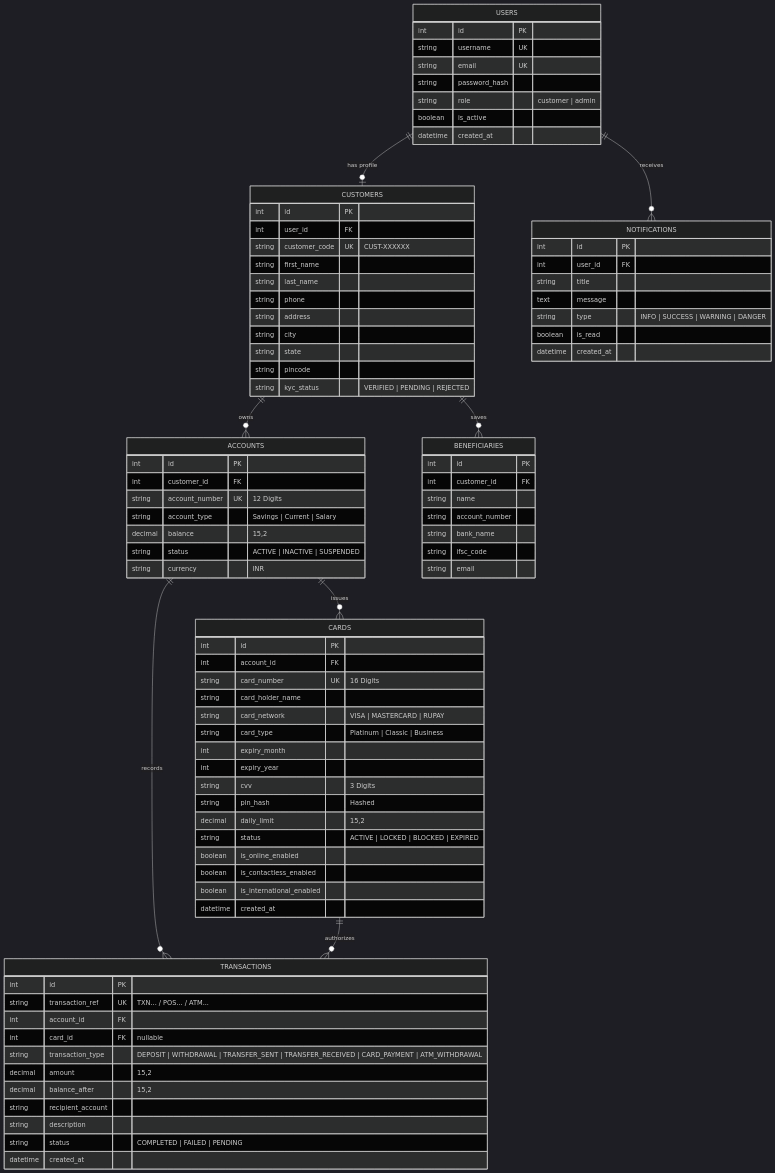
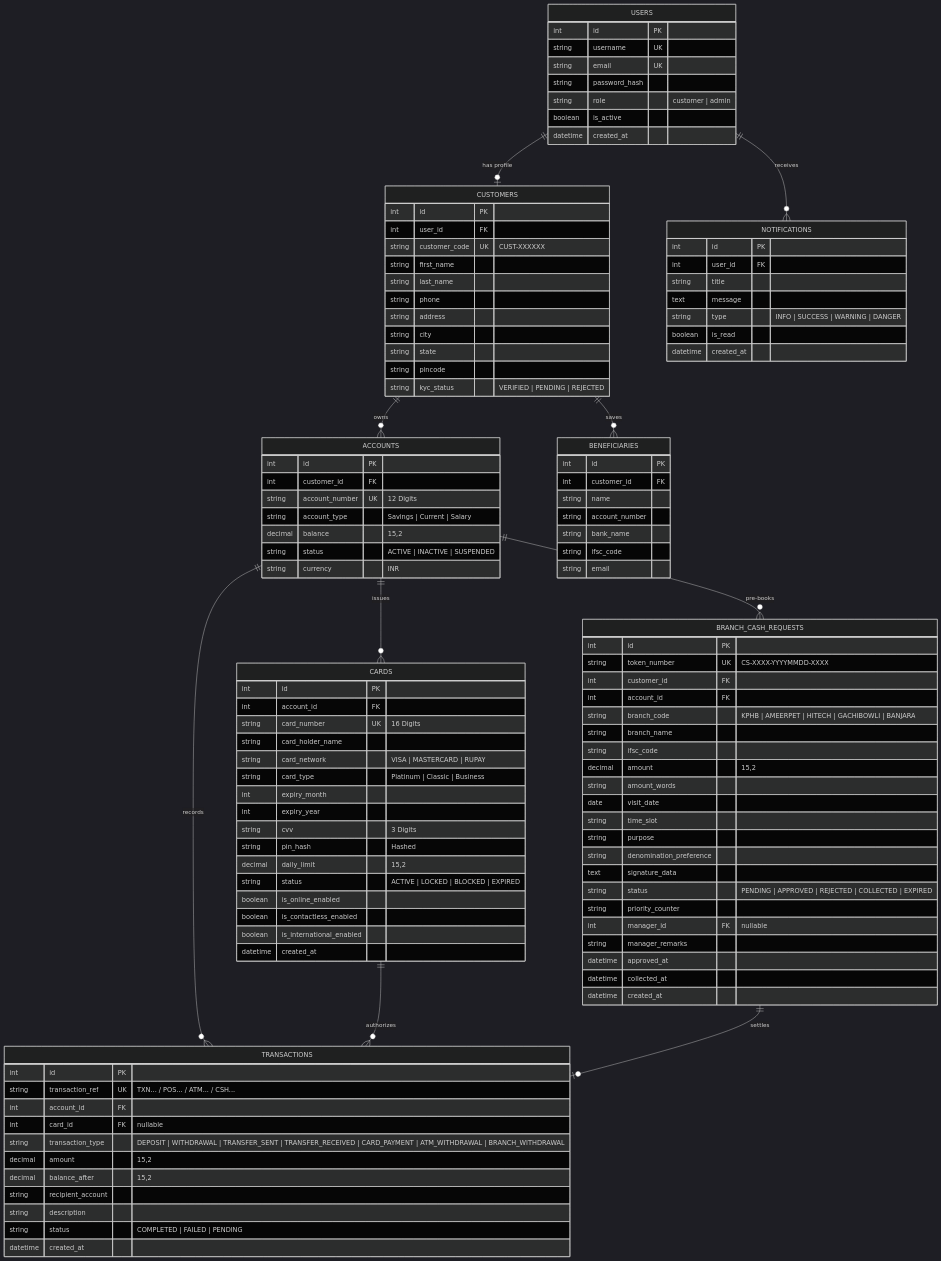
One commit to saraswathiuppunuri/smartbank changed the second of 2 diagrams in README.md. Above: the diagram before and after it, drawn with Mermaid (dark theme). The commit also changed other lines of this file and 17 other files, not shown here.

Commit message:
feat: add digital cash withdrawal slip pre-booking, fast-track branch counter, and manager approval console

```diff
--- a/README.md
+++ b/README.md
@@ -162,7 +180,9 @@
     CUSTOMERS ||--o{ BENEFICIARIES : "saves"
     ACCOUNTS ||--o{ TRANSACTIONS : "records"
     ACCOUNTS ||--o{ CARDS : "issues"
+    ACCOUNTS ||--o{ BRANCH_CASH_REQUESTS : "pre-books"
     CARDS ||--o{ TRANSACTIONS : "authorizes"
+    BRANCH_CASH_REQUESTS ||--o| TRANSACTIONS : "settles"
 
     USERS {
         int id PK
@@ -217,12 +237,36 @@
         datetime created_at
     }
 
+    BRANCH_CASH_REQUESTS {
+        int id PK
+        string token_number UK "CS-XXXX-YYYYMMDD-XXXX"
+        int customer_id FK
+        int account_id FK
+        string branch_code "KPHB | AMEERPET | HITECH | GACHIBOWLI | BANJARA"
+        string branch_name
+        string ifsc_code
+        decimal amount "15,2"
+        string amount_words
+        date visit_date
+        string time_slot
+        string purpose
+        string denomination_preference
+        text signature_data
+        string status "PENDING | APPROVED | REJECTED | COLLECTED | EXPIRED"
+        string priority_counter
+        int manager_id FK "nullable"
+        string manager_remarks
+        datetime approved_at
+        datetime collected_at
+        datetime created_at
+    }
+
     TRANSACTIONS {
         int id PK
-        string transaction_ref UK "TXN... / POS... / ATM..."
+        string transaction_ref UK "TXN... / POS... / ATM... / CSH..."
         int account_id FK
         int card_id FK "nullable"
-        string transaction_type "DEPOSIT | WITHDRAWAL | TRANSFER_SENT | TRANSFER_RECEIVED | CARD_PAYMENT | ATM_WITHDRAWAL"
+        string transaction_type "DEPOSIT | WITHDRAWAL | TRANSFER_SENT | TRANSFER_RECEIVED | CARD_PAYMENT | ATM_WITHDRAWAL | BRANCH_WITHDRAWAL"
         decimal amount "15,2"
         decimal balance_after "15,2"
         string recipient_account
```
